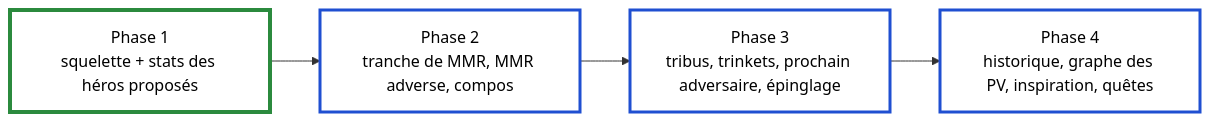
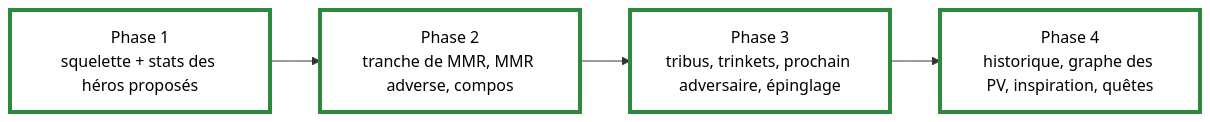
Before and after one commit to elphono/tavern-compass: the diagram in docs/plans/2026-09-26-parite-tier7-plan.md, drawn with Mermaid.

Commit message:
docs(plan): les quatre phases sont livrées (quêtes coupées)

````diff
--- a/docs/plans/2026-09-26-parite-tier7-plan.md
+++ b/docs/plans/2026-09-26-parite-tier7-plan.md
@@ -9,10 +9,8 @@
 ```mermaid
 flowchart LR
     P1["Phase 1<br/>squelette + stats des héros proposés"] --> P2["Phase 2<br/>tranche de MMR, MMR adverse, compos"]
     P2 --> P3["Phase 3<br/>tribus, trinkets, prochain adversaire, épinglage"]
     P3 --> P4["Phase 4<br/>historique, graphe des PV, inspiration, quêtes"]
     classDef done fill:#ffffff,stroke:#2b8a3e,stroke-width:4px,color:#000000
-    classDef todo fill:#ffffff,stroke:#1f4fd1,stroke-width:3px,color:#000000
-    class P1 done
-    class P2,P3,P4 todo
+    class P1,P2,P3,P4 done
 ```
````
